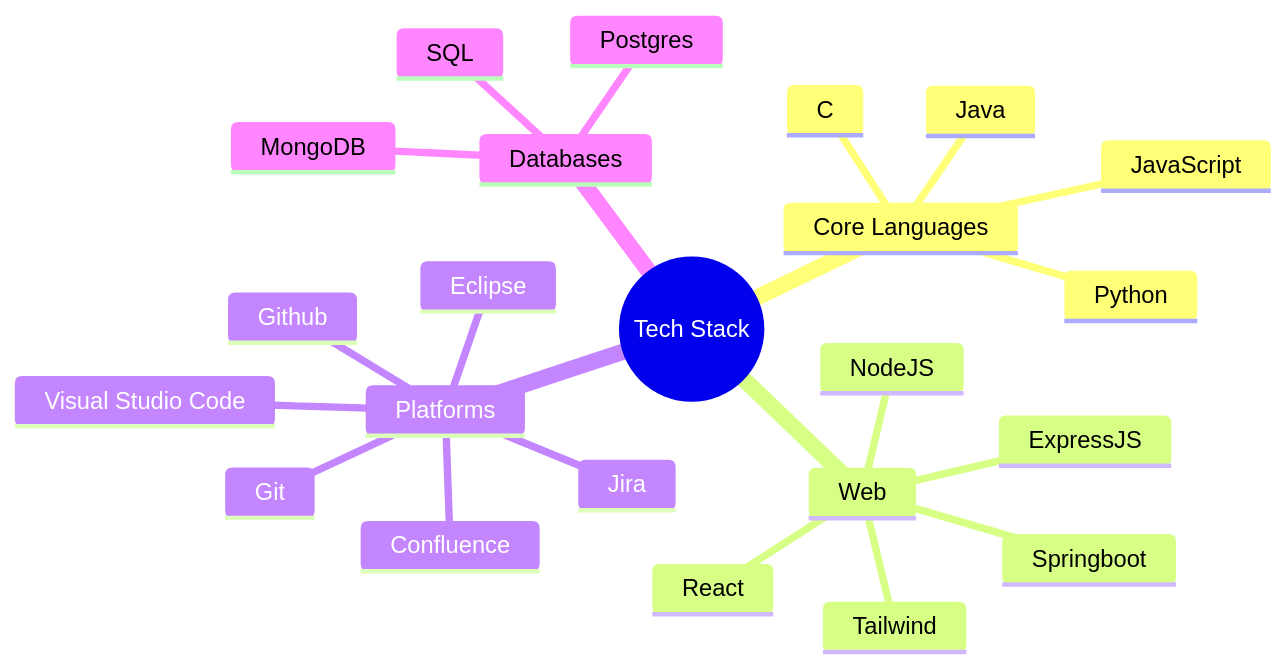
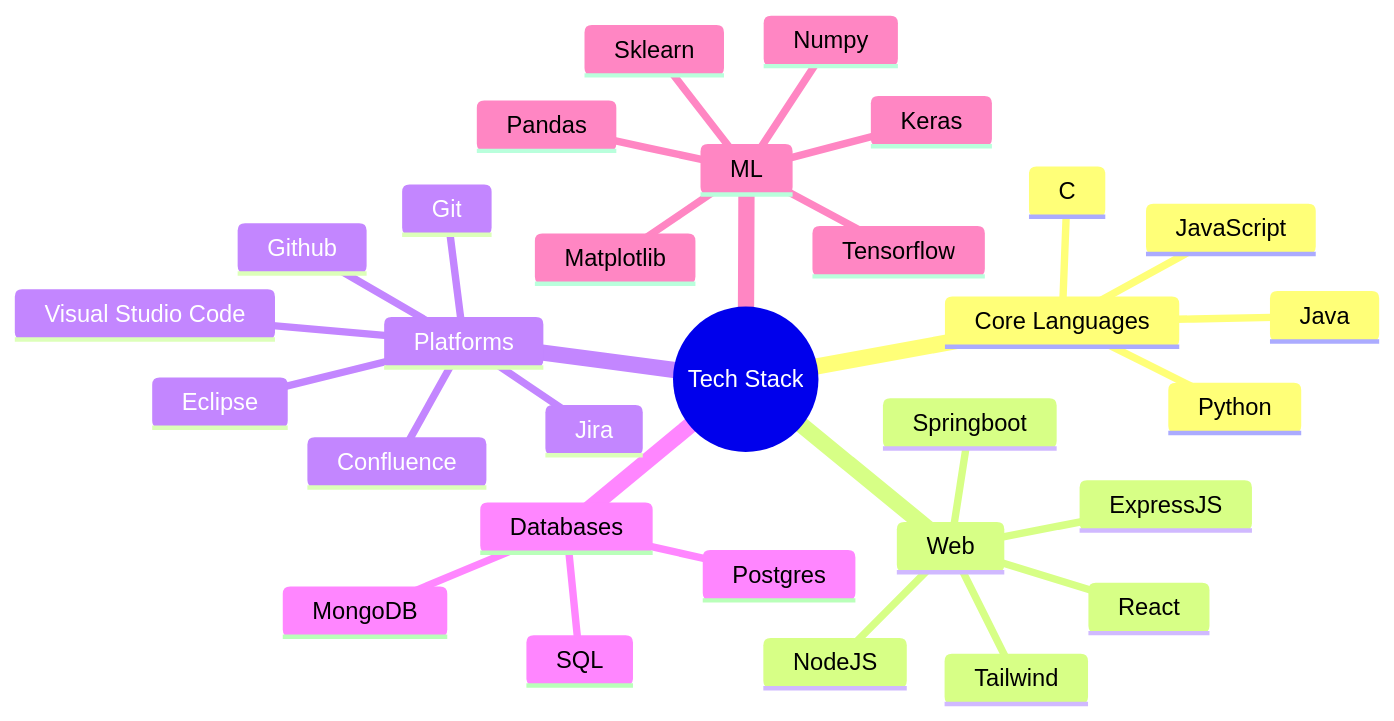
Before and after one commit to NagulapalliSudarshan/NagulapalliSudarshan: the diagram in README.md, drawn with Mermaid.

Commit message:
Update ml tech stack

````diff
--- a/README.md
+++ b/README.md
@@ -18,26 +18,33 @@
 ```mermaid
 mindmap
   root((Tech Stack))
     Core Languages
       Python
       Java
       C
       JavaScript
     Web
       Tailwind
       React
       ExpressJS
       NodeJS
       Springboot
     Platforms
       Git
       Github
       Visual Studio Code
       Jira
       Confluence
       Eclipse
     Databases
       SQL
       Postgres
       MongoDB
+    ML
+      Sklearn
+      Matplotlib
+      Pandas
+      Numpy
+      Tensorflow
+      Keras
 ```
````
